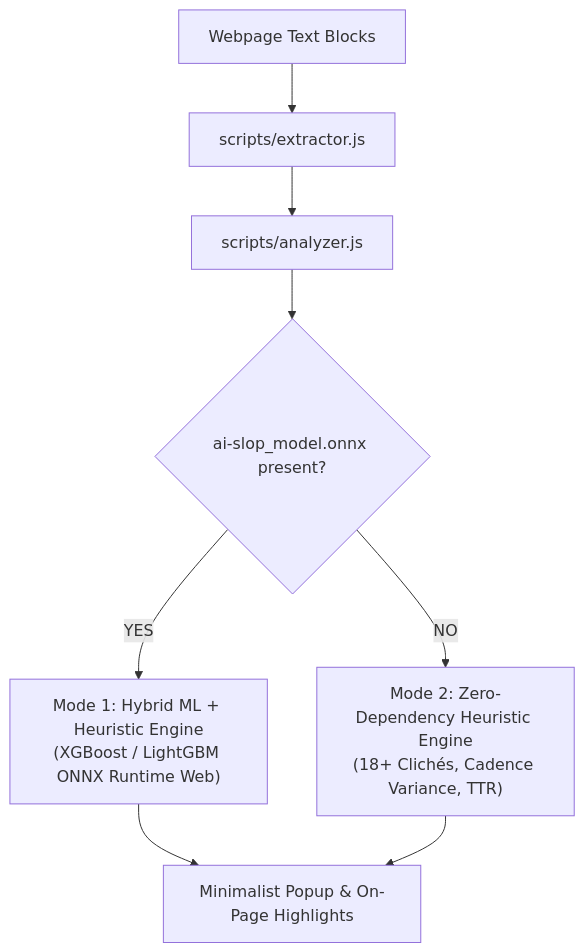
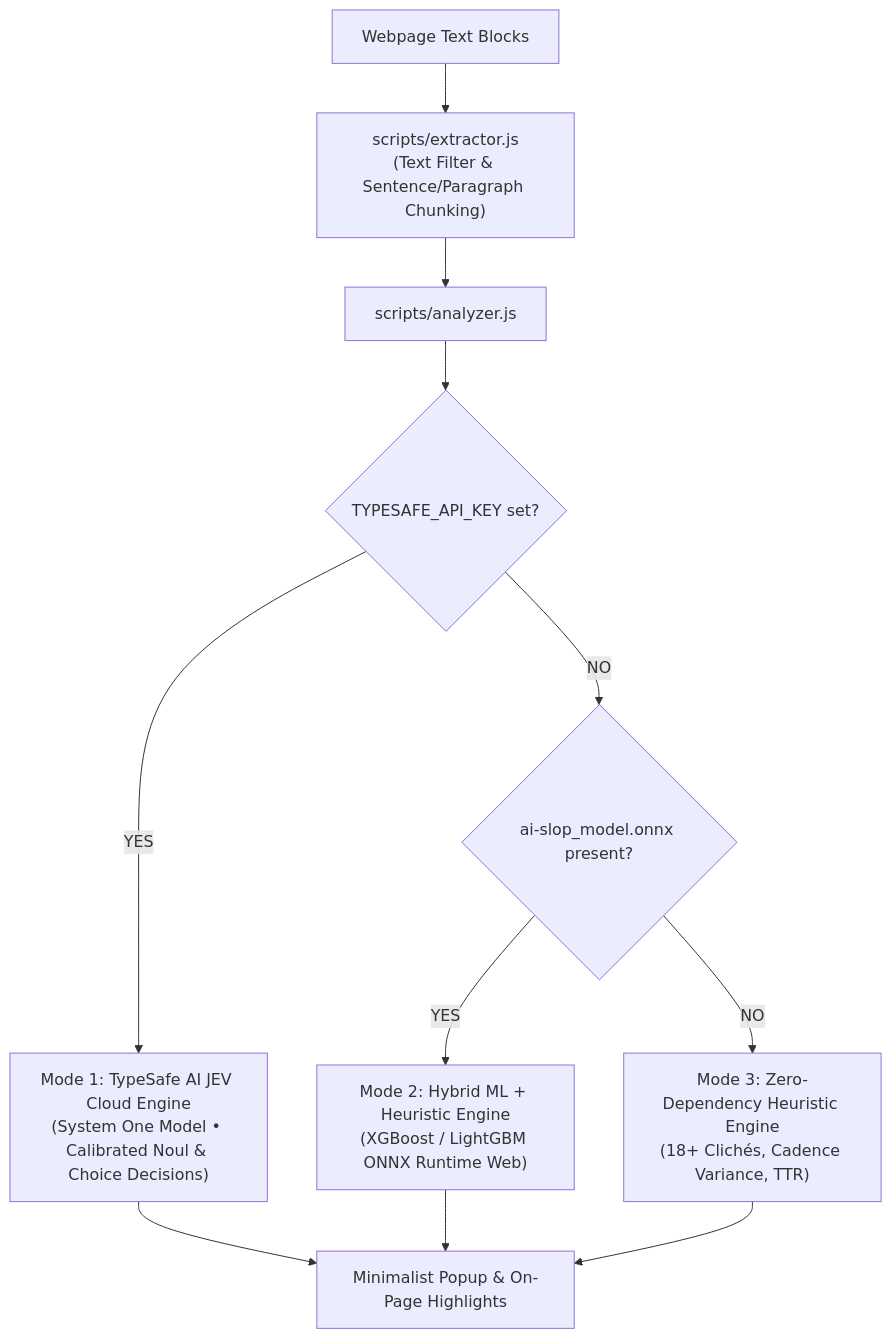
The diagram in README.md (KrisnaWipayana/is-it-ai-slop), drawn with Mermaid before and after one commit. The commit also changed other lines of this file, not shown here.

Commit message:
chore: updating README on JEV model usage

````diff
--- a/README.md
+++ b/README.md
@@ -11,10 +11,13 @@
 ```mermaid
 flowchart TD
-    A["Webpage Text Blocks"] --> B["scripts/extractor.js"]
+    A["Webpage Text Blocks"] --> B["scripts/extractor.js<br/>(Text Filter & Sentence/Paragraph Chunking)"]
     B --> C["scripts/analyzer.js"]
-    C --> D{"ai-slop_model.onnx present?"}
-    D -- "YES" --> E["Mode 1: Hybrid ML + Heuristic Engine<br/>(XGBoost / LightGBM ONNX Runtime Web)"]
-    D -- "NO" --> F["Mode 2: Zero-Dependency Heuristic Engine<br/>(18+ Clichés, Cadence Variance, TTR)"]
-    E --> G["Minimalist Popup & On-Page Highlights"]
-    F --> G
+    C --> D{"TYPESAFE_API_KEY set?"}
+    D -- "YES" --> E["Mode 1: TypeSafe AI JEV Cloud Engine<br/>(System One Model • Calibrated Noul & Choice Decisions)"]
+    D -- "NO" --> F{"ai-slop_model.onnx present?"}
+    F -- "YES" --> G["Mode 2: Hybrid ML + Heuristic Engine<br/>(XGBoost / LightGBM ONNX Runtime Web)"]
+    F -- "NO" --> H["Mode 3: Zero-Dependency Heuristic Engine<br/>(18+ Clichés, Cadence Variance, TTR)"]
+    E --> I["Minimalist Popup & On-Page Highlights"]
+    G --> I
+    H --> I
 ```
````
